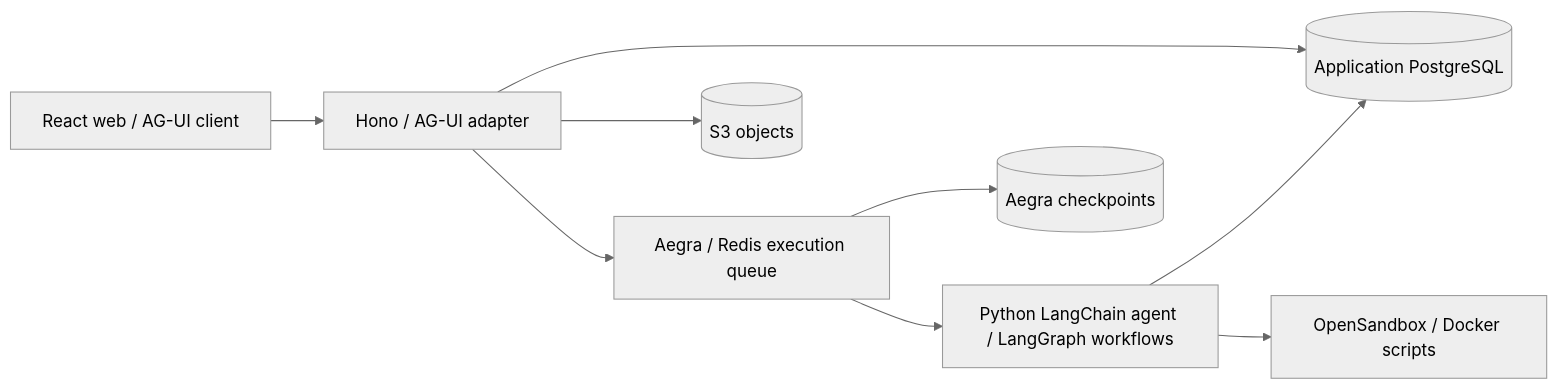
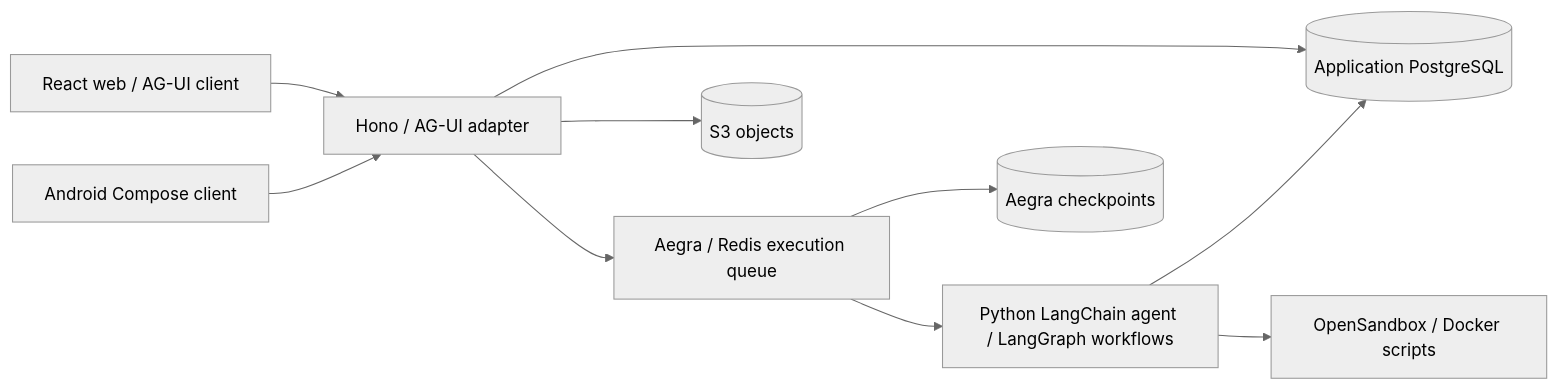
One commit to by291/agent-playground changed the diagram in docs/architecture.md. Above: the diagram before and after it, drawn with Mermaid (neutral theme). The commit also changed other lines of this file and 2 other files, not shown here.

Commit message:
chore: order CI jobs and document Android architecture
Keep CI jobs in project introduction order and describe the native Android client responsibilities.

````diff
--- a/docs/architecture.md
+++ b/docs/architecture.md
@@ -7,11 +7,12 @@
 ```mermaid
 flowchart LR
     Web[React web / AG-UI client] --> Server[Hono / AG-UI adapter]
+    Android[Android Compose client] --> Server
     Server --> Aegra[Aegra / Redis execution queue]
     Aegra --> Agent[Python LangChain agent / LangGraph workflows]
     Aegra --> Checkpoints[(Aegra checkpoints)]
     Server --> AppDB[(Application PostgreSQL)]
     Agent --> AppDB
     Server --> S3[(S3 objects)]
     Agent --> Sandbox[OpenSandbox / Docker scripts]
 ```
````
